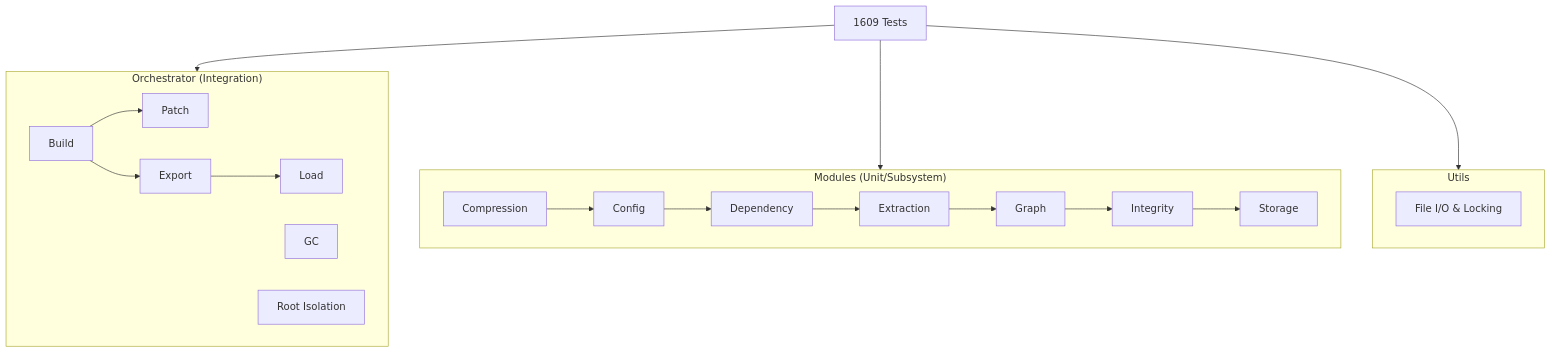
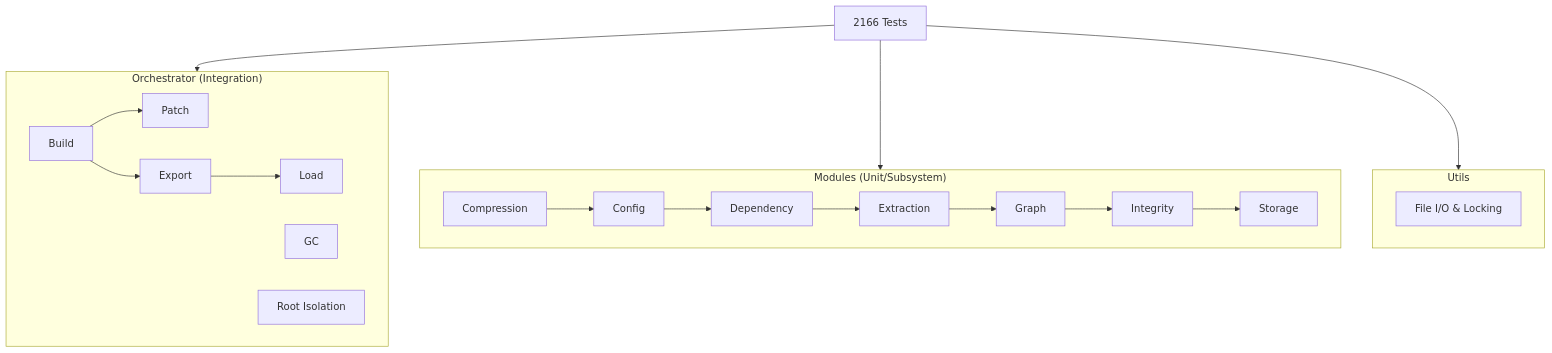
The diagram in docs-site/docs/tests/index.md (sageoz/Batho), drawn with Mermaid before and after one commit. The commit also changed other lines of this file and 149 other files, not shown here.

````diff
--- a/docs-site/docs/tests/index.md
+++ b/docs-site/docs/tests/index.md
@@ -47,24 +47,24 @@
 ```mermaid
 flowchart TB
     subgraph Orchestrator["Orchestrator (Integration)"]
         B[Build] --> P[Patch]
         B --> E[Export]
         E --> L[Load]
         G[GC]
         R[Root Isolation]
     end
     subgraph Modules["Modules (Unit/Subsystem)"]
         C[Compression] --> CO[Config]
         CO --> D[Dependency]
         D --> EX[Extraction]
         EX --> GR[Graph]
         GR --> I[Integrity]
         I --> S[Storage]
     end
     subgraph Utils["Utils"]
         U[File I/O & Locking]
     end
-    Suite[1609 Tests] --> Orchestrator
+    Suite[2166 Tests] --> Orchestrator
     Suite --> Modules
     Suite --> Utils
 ```
````
